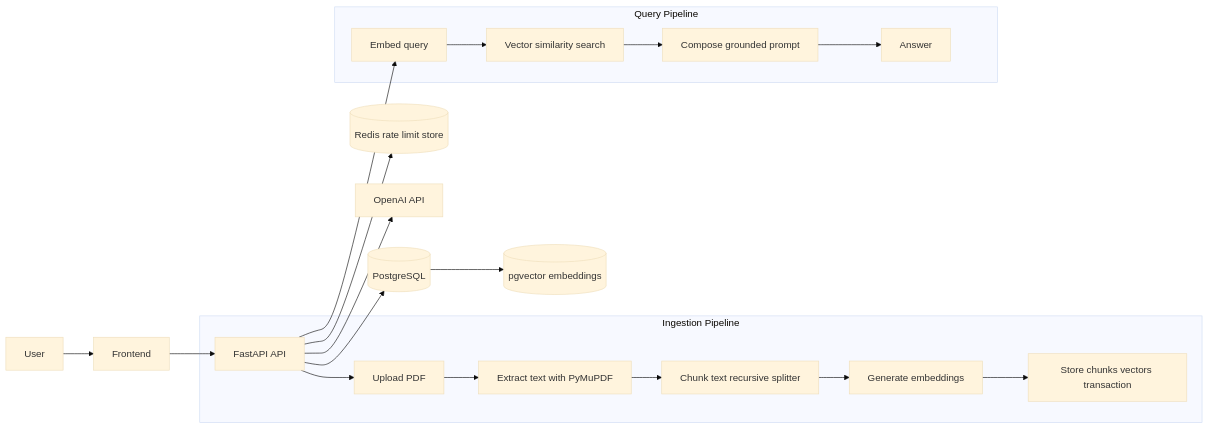
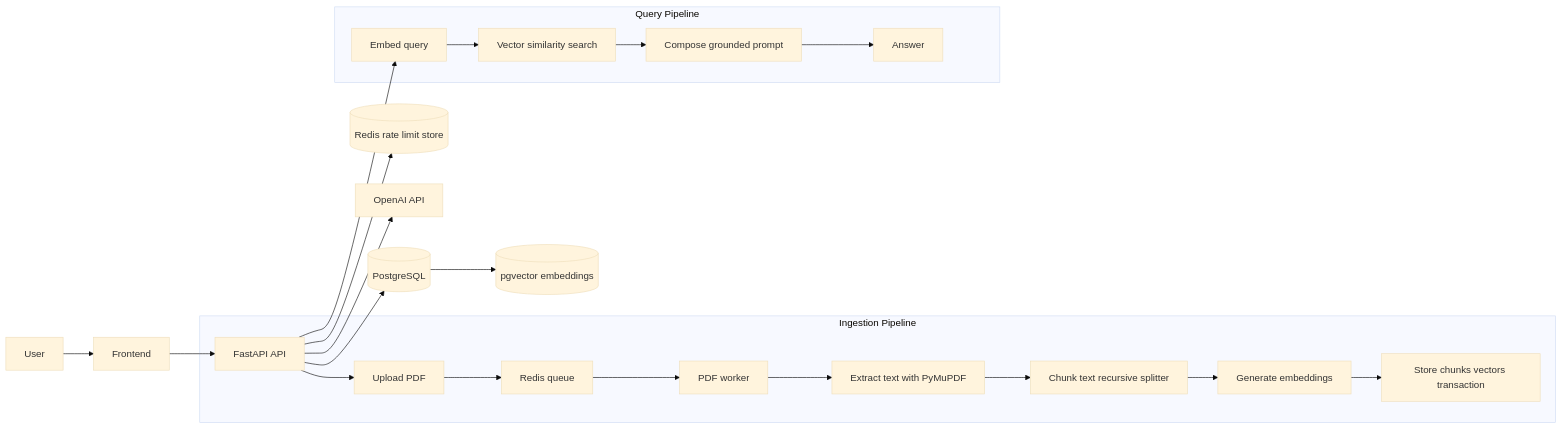
Before and after one commit to AdityaEXP/LifeOS: the diagram in README.md, drawn with Mermaid (base theme). The commit also changed other lines of this file, not shown here.

````diff
--- a/README.md
+++ b/README.md
@@ -9,26 +9,28 @@
 ```mermaid
 flowchart LR
     U[User] --> F[Frontend]
     F --> A[FastAPI API]
 
     A --> R[(Redis rate limit store)]
     A --> P[(PostgreSQL)]
     P --> V[(pgvector embeddings)]
 
     A --> O[OpenAI API]
 
     subgraph Ingestion Pipeline
         A --> UP[Upload PDF]
-        UP --> TX[Extract text with PyMuPDF]
+        UP --> Q[Redis queue]
+        Q --> W[PDF worker]
+        W --> TX[Extract text with PyMuPDF]
         TX --> CH[Chunk text recursive splitter]
         CH --> EM[Generate embeddings]
         EM --> ST[Store chunks vectors transaction]
     end
 
     subgraph Query Pipeline
         A --> QE[Embed query]
         QE --> VS[Vector similarity search]
         VS --> AG[Compose grounded prompt]
         AG --> ANS[Answer]
     end
 ```
````
